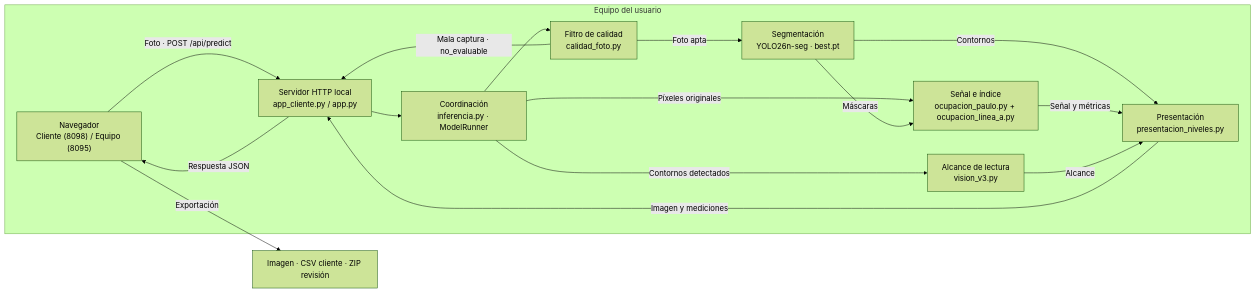
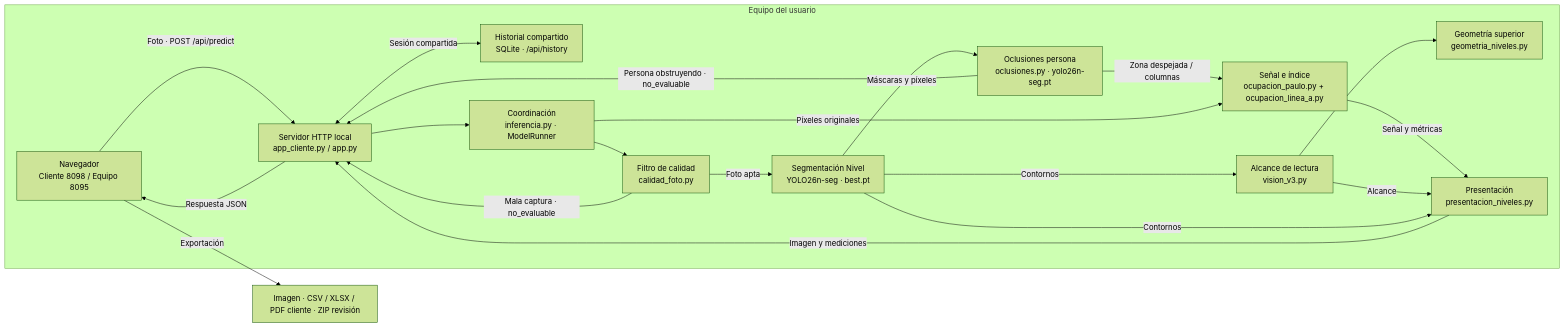
The second of 2 diagrams in README.md (vcanio/Capstone2026), drawn with Mermaid (forest theme) before and after one commit. The commit also changed other lines of this file and 32 other files, not shown here.

Commit message:
Cierre MVP: scripts reproducibles, oclusion persona sutil, geometria superior, SQLite/XLSX/PDF y CI

````diff
--- a/README.md
+++ b/README.md
@@ -159,27 +160,34 @@
 ```mermaid
 flowchart LR
     subgraph Equipo["Equipo del usuario"]
-        UI["Navegador<br/>Cliente (8098) / Equipo (8095)"]
+        UI["Navegador<br/>Cliente 8098 / Equipo 8095"]
         API["Servidor HTTP local<br/>app_cliente.py / app.py"]
+        DB["Historial compartido<br/>SQLite · /api/history"]
         RUN["Coordinación<br/>inferencia.py · ModelRunner"]
         QUAL["Filtro de calidad<br/>calidad_foto.py"]
-        MODEL["Segmentación<br/>YOLO26n-seg · best.pt"]
+        MODEL["Segmentación Nivel<br/>YOLO26n-seg · best.pt"]
+        OCC["Oclusiones persona<br/>oclusiones.py · yolo26n-seg.pt"]
+        GEOM["Geometría superior<br/>geometria_niveles.py"]
         SIGNAL["Señal e índice<br/>ocupacion_paulo.py + ocupacion_linea_a.py"]
         SCOPE["Alcance de lectura<br/>vision_v3.py"]
         VIEW["Presentación<br/>presentacion_niveles.py"]
         UI -->|"Foto · POST /api/predict"| API
+        API <-->|"Sesión compartida"| DB
         API --> RUN
         RUN --> QUAL
         QUAL -->|"Mala captura · no_evaluable"| API
         QUAL -->|"Foto apta"| MODEL
+        MODEL -->|"Máscaras y píxeles"| OCC
+        OCC -->|"Persona obstruyendo · no_evaluable"| API
+        OCC -->|"Zona despejada / columnas"| SIGNAL
         RUN -->|"Píxeles originales"| SIGNAL
-        MODEL -->|"Máscaras"| SIGNAL
-        MODEL -->|"Contornos"| VIEW
-        RUN -->|"Contornos detectados"| SCOPE
+        MODEL -->|"Contornos"| SCOPE
+        SCOPE --> GEOM
         SIGNAL -->|"Señal y métricas"| VIEW
         SCOPE -->|"Alcance"| VIEW
+        MODEL -->|"Contornos"| VIEW
         VIEW -->|"Imagen y mediciones"| API
         API -->|"Respuesta JSON"| UI
     end
-    UI -->|"Exportación"| OUTPUT["Imagen · CSV cliente · ZIP revisión"]
+    UI -->|"Exportación"| OUTPUT["Imagen · CSV / XLSX / PDF cliente · ZIP revisión"]
 ```
````
